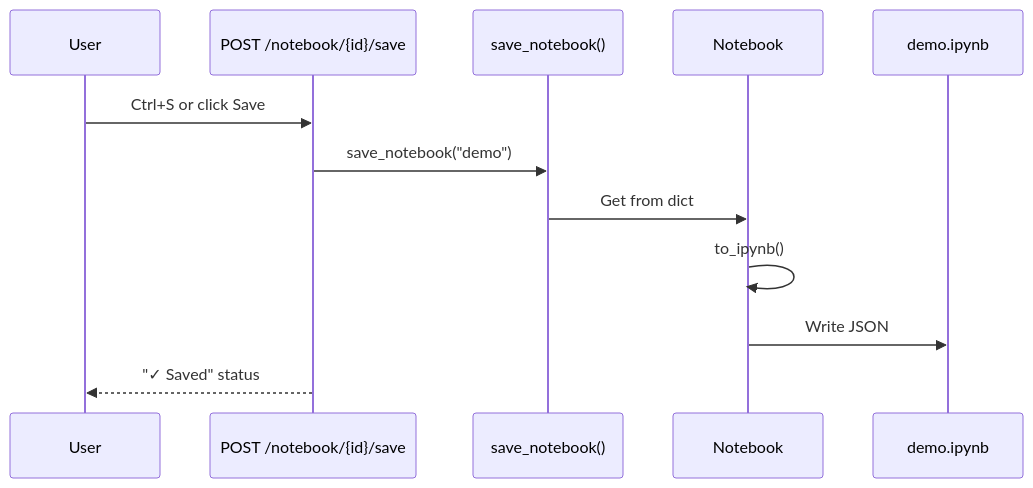
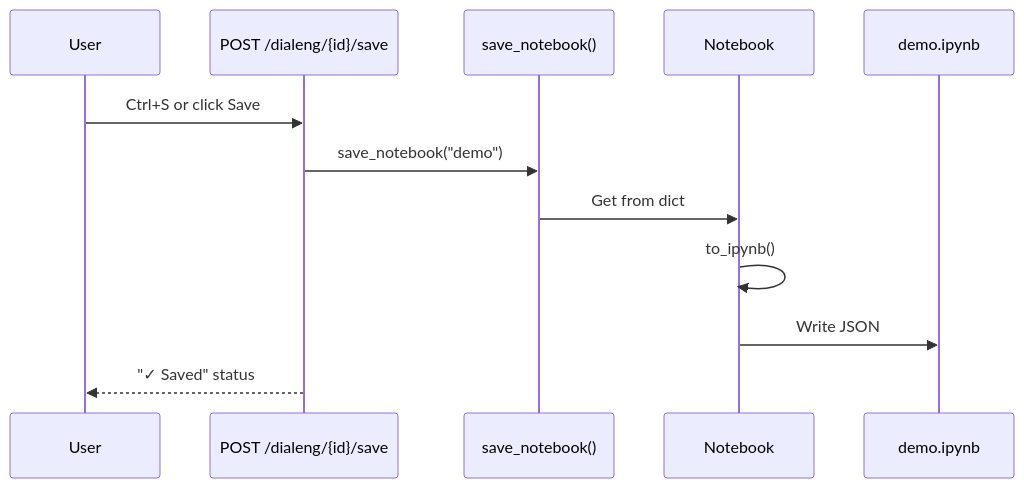
The sixth of 6 diagrams in docs/how_it_works/01_state_management.md (sgaseretto/solveish), drawn with Mermaid before and after one commit. The commit also changed other lines of this file and 24 other files, not shown here.

````diff
--- a/docs/how_it_works/01_state_management.md
+++ b/docs/how_it_works/01_state_management.md
@@ -241,15 +241,15 @@
 ```mermaid
 sequenceDiagram
     participant User
-    participant Route as POST /notebook/{id}/save
+    participant Route as POST /dialeng/{id}/save
     participant Fn as save_notebook()
     participant Nb as Notebook
     participant Disk as demo.ipynb
 
     User->>Route: Ctrl+S or click Save
     Route->>Fn: save_notebook("demo")
     Fn->>Nb: Get from dict
     Nb->>Nb: to_ipynb()
     Nb->>Disk: Write JSON
     Route-->>User: "✓ Saved" status
 ```
````
